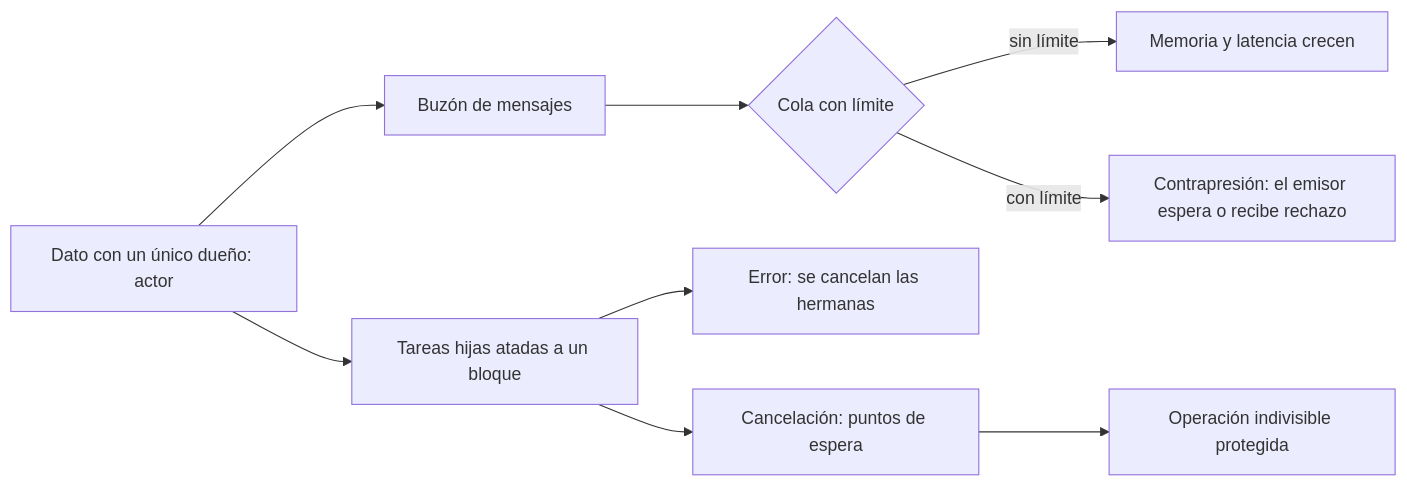
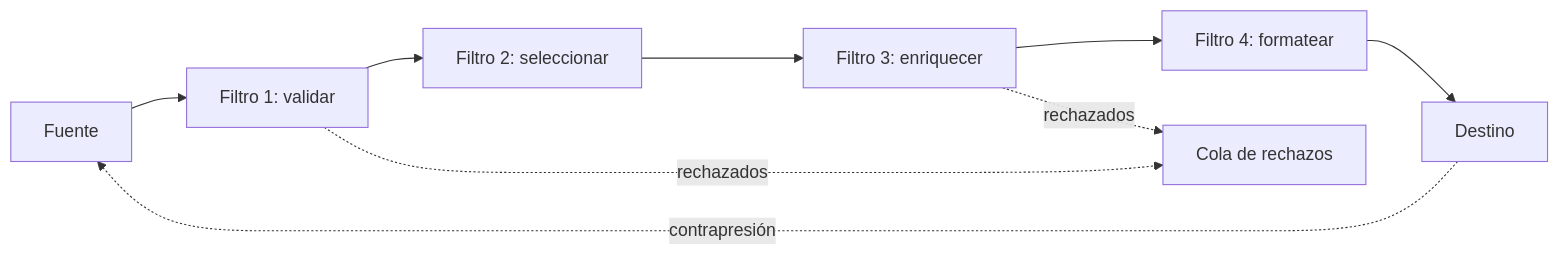
Before and after one commit to vladimiracunadev-create/modern-software-engineering-program: the diagram in content/part-28/SE-339.md, drawn with Mermaid. The commit also changed other lines of this file and 5193 other files, not shown here.

````diff
--- a/content/part-28/SE-339.md
+++ b/content/part-28/SE-339.md
@@ -55,11 +58,11 @@
 ```mermaid
 flowchart LR
-    A[Dato con un único dueño: actor] --> B[Buzón de mensajes]
-    B --> C{Cola con límite}
-    C -->|sin límite| D[Memoria y latencia crecen]
-    C -->|con límite| E[Contrapresión: el emisor espera o recibe rechazo]
-    A --> F[Tareas hijas atadas a un bloque]
-    F --> G[Error: se cancelan las hermanas]
-    F --> H[Cancelación: puntos de espera]
-    H --> I[Operación indivisible protegida]
+    A[Fuente] --> B[Filtro 1: validar]
+    B --> C[Filtro 2: seleccionar]
+    C --> D[Filtro 3: enriquecer]
+    D --> E[Filtro 4: formatear]
+    E --> F[Destino]
+    B -.->|rechazados| G[Cola de rechazos]
+    D -.->|rechazados| G
+    F -.->|contrapresión| A
 ```
````
